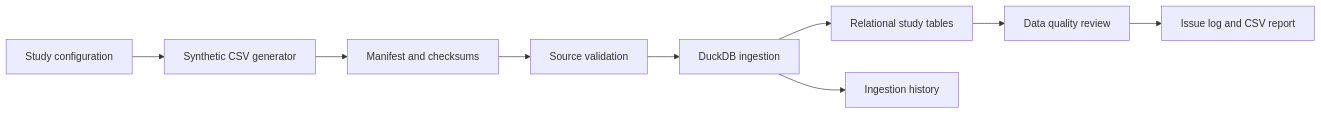
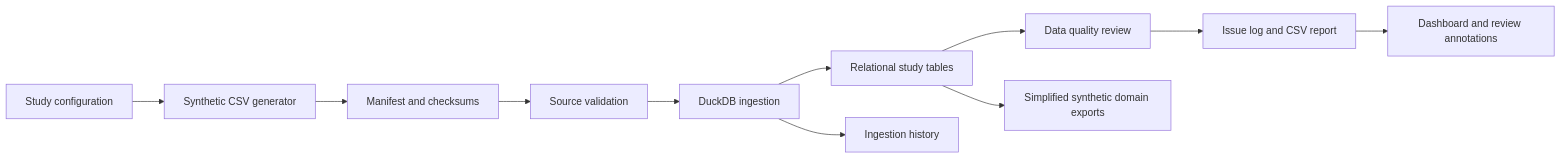
The diagram in README.md (sakthi-kr/clinical-trial-data-platform), drawn with Mermaid before and after one commit. The commit also changed other lines of this file and 11 other files, not shown here.

````diff
--- a/README.md
+++ b/README.md
@@ -21,11 +23,13 @@
 ```mermaid
 flowchart LR
     A[Study configuration] --> B[Synthetic CSV generator]
     B --> C[Manifest and checksums]
     C --> D[Source validation]
     D --> E[DuckDB ingestion]
     E --> F[Relational study tables]
     E --> G[Ingestion history]
     F --> H[Data quality review]
     H --> I[Issue log and CSV report]
+    I --> J[Dashboard and review annotations]
+    F --> K[Simplified synthetic domain exports]
 ```
````
